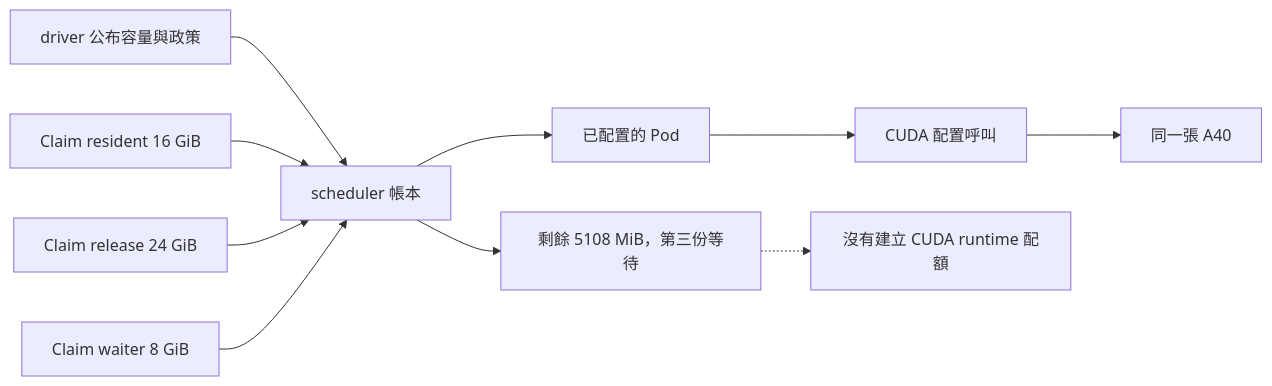
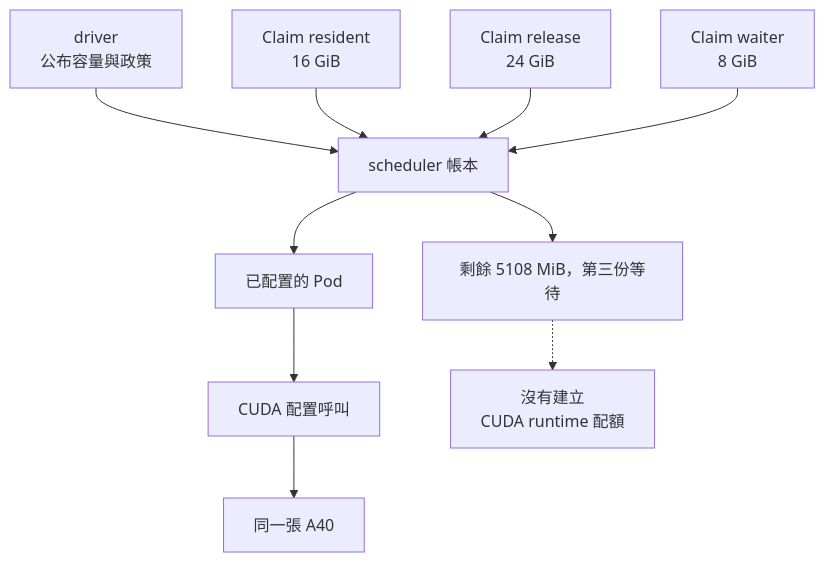
The diagram in book/04-isolation/consumable-shares.md (Daniel77871/dra-gpu-sharing-in-practice), drawn with Mermaid before and after one commit. The commit also changed 15 other files, not shown here.

First line of the commit message:
Fit wide Mermaid diagrams to the GitHub page width

````diff
--- a/book/04-isolation/consumable-shares.md
+++ b/book/04-isolation/consumable-shares.md
@@ -13,12 +13,12 @@
 ```mermaid
-flowchart LR
-    D["driver 公布容量與政策"] --> S["scheduler 帳本"]
-    A["Claim resident 16 GiB"] --> S
-    B["Claim release 24 GiB"] --> S
-    C["Claim waiter 8 GiB"] --> S
+flowchart TB
+    D["driver<br/>公布容量與政策"] --> S["scheduler 帳本"]
+    A["Claim resident<br/>16 GiB"] --> S
+    B["Claim release<br/>24 GiB"] --> S
+    C["Claim waiter<br/>8 GiB"] --> S
+    S --> P["已配置的 Pod"]
     S --> R["剩餘 5108 MiB，第三份等待"]
-    S --> P["已配置的 Pod"]
     P --> U["CUDA 配置呼叫"]
     U --> G["同一張 A40"]
-    R -.-> N["沒有建立 CUDA runtime 配額"]
+    R -.-> N["沒有建立<br/>CUDA runtime 配額"]
 ```
````
